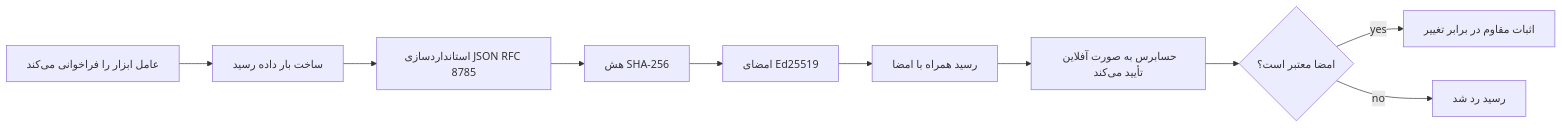
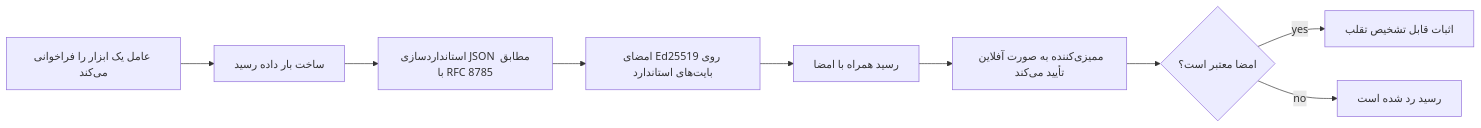
One commit to gabrielmoreira/agent-skills-mirror changed the first of 2 diagrams in mirrors/repos/microsoft@ai-agents-for-beginners/translations/fa/18-securing-ai-agents/README.md. Above: the diagram before and after it, drawn with Mermaid. The commit also changed other lines of this file and 4262 other files, not shown here.

````diff
--- a/mirrors/repos/microsoft@ai-agents-for-beginners/translations/fa/18-securing-ai-agents/README.md
+++ b/mirrors/repos/microsoft@ai-agents-for-beginners/translations/fa/18-securing-ai-agents/README.md
@@ -51,12 +51,11 @@
 ```mermaid
 flowchart LR
-    A[عامل ابزار را فراخوانی می‌کند] --> B[ساخت بار داده رسید]
-    B --> C[استانداردسازی JSON RFC 8785]
-    C --> D[هش SHA-256]
-    D --> E[امضای Ed25519]
+    A[عامل یک ابزار را فراخوانی می‌کند] --> B[ساخت بار داده رسید]
+    B --> C[استانداردسازی JSON مطابق با RFC 8785]
+    C --> E[امضای Ed25519 روی بایت‌های استاندارد]
     E --> F[رسید همراه با امضا]
-    F --> G[حسابرس به صورت آفلاین تأیید می‌کند]
+    F --> G[ممیزی‌کننده به صورت آفلاین تأیید می‌کند]
     G --> H{امضا معتبر است؟}
-    H -- yes --> I[اثبات مقاوم در برابر تغییر]
-    H -- no --> J[رسید رد شد]
+    H -- yes --> I[اثبات قابل تشخیص تقلب]
+    H -- no --> J[رسید رد شده است]
 ```
````
